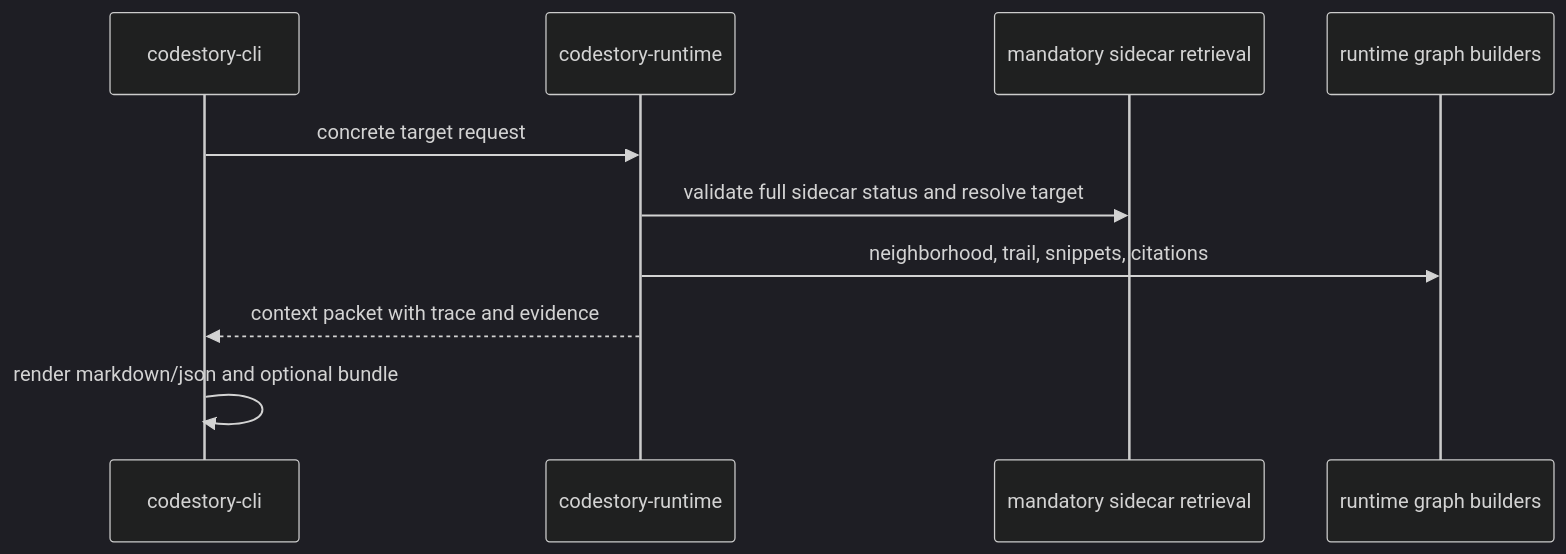
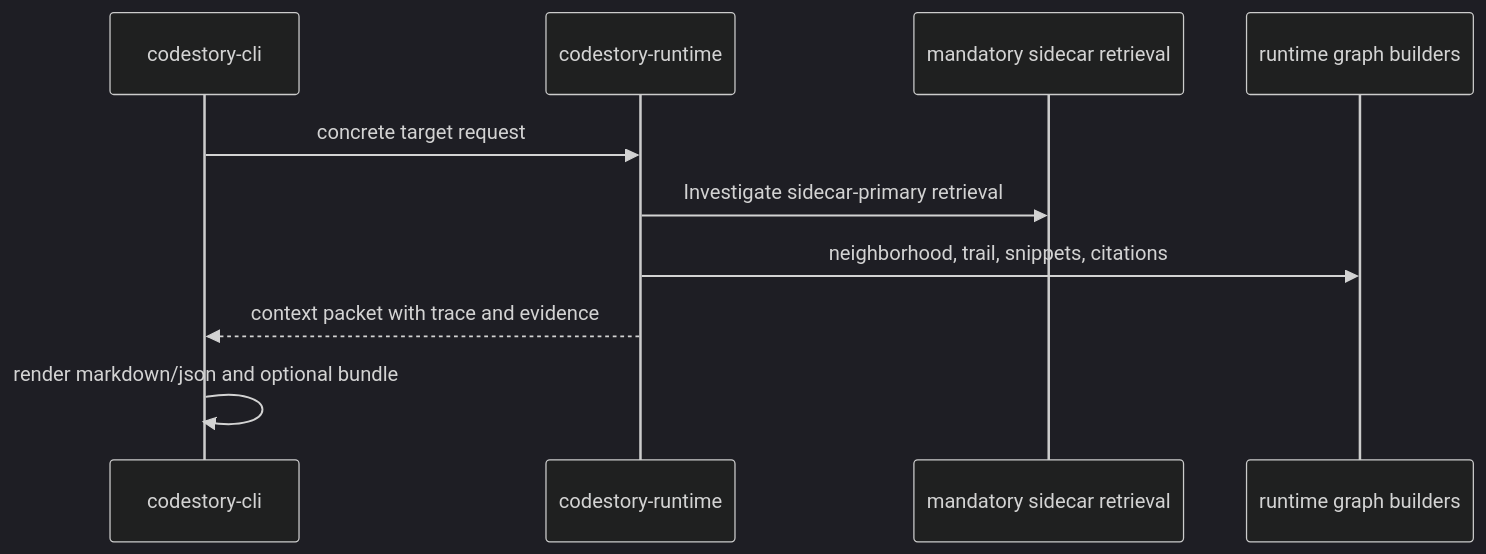
The second of 3 diagrams in docs/architecture/runtime-execution-path.md (TheGreenCedar/CodeStory), drawn with Mermaid (dark theme) before and after one commit. The commit also changed other lines of this file and 11 other files, not shown here.

````diff
--- a/docs/architecture/runtime-execution-path.md
+++ b/docs/architecture/runtime-execution-path.md
@@ -58,13 +58,13 @@
 ```mermaid
 sequenceDiagram
     participant CLI as codestory-cli
     participant Runtime as codestory-runtime
     participant Retrieval as mandatory sidecar retrieval
     participant Graph as runtime graph builders
 
     CLI->>Runtime: concrete target request
-    Runtime->>Retrieval: validate full sidecar status and resolve target
+    Runtime->>Retrieval: Investigate sidecar-primary retrieval
     Runtime->>Graph: neighborhood, trail, snippets, citations
     Runtime-->>CLI: context packet with trace and evidence
     CLI->>CLI: render markdown/json and optional bundle
 ```
````
